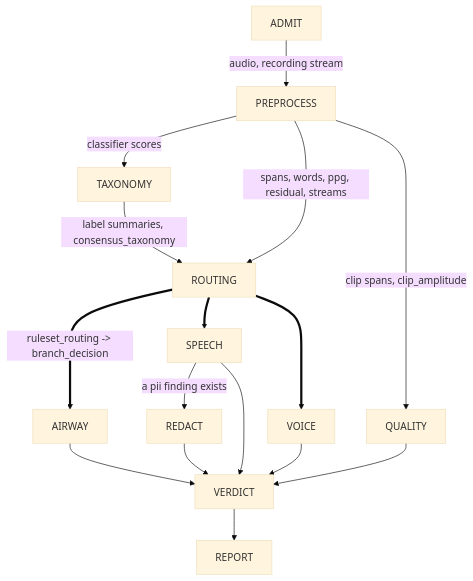
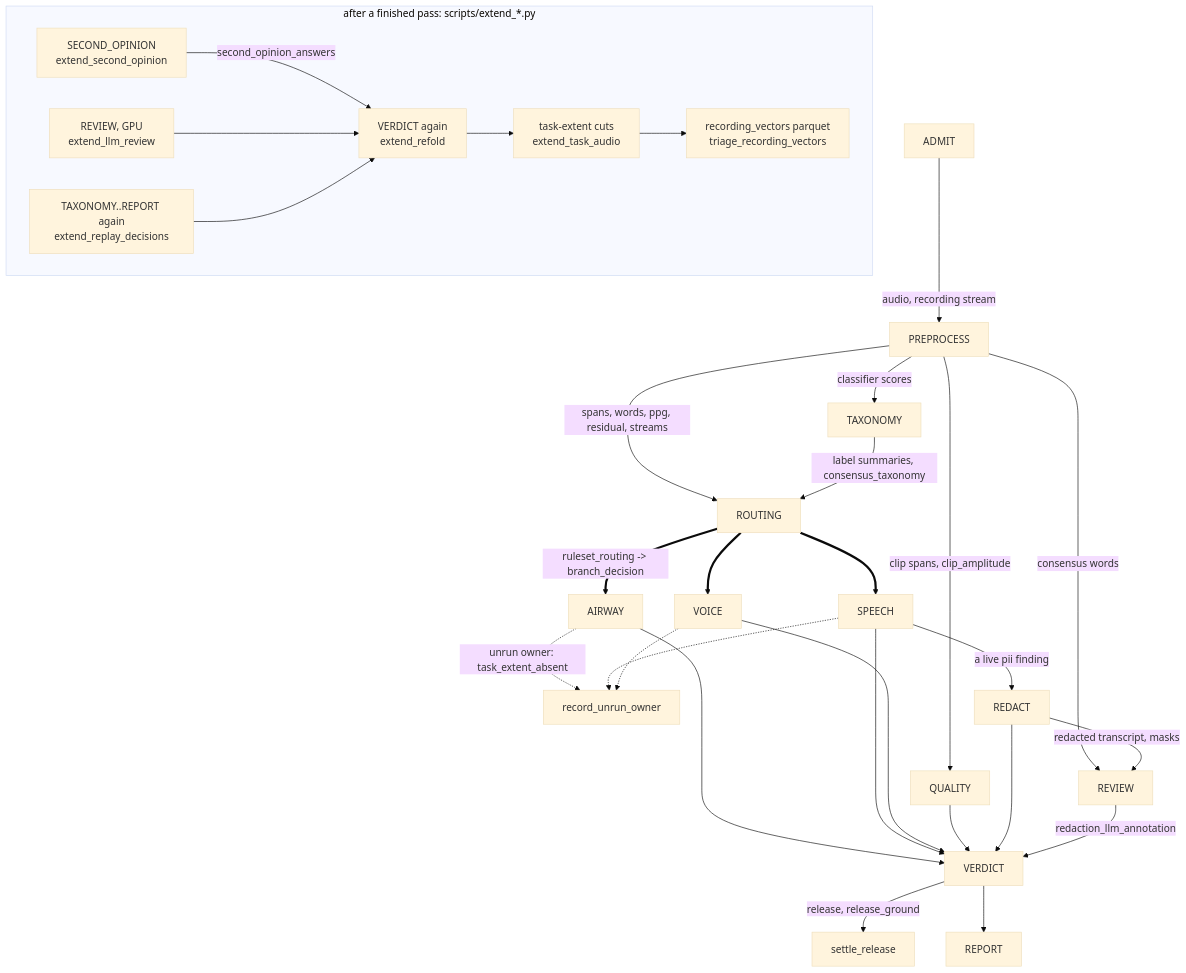
One commit to sensein/senselab changed the diagram in specs/20260817-triage-workflow-dag/dag.md. Above: the diagram before and after it, drawn with Mermaid (base theme). The commit also changed other lines of this file, not shown here.

Commit message:
docs(triage): the DAG as the code runs it — REVIEW, settle_release, the after-pass stages, every flag ground

````diff
--- a/specs/20260817-triage-workflow-dag/dag.md
+++ b/specs/20260817-triage-workflow-dag/dag.md
@@ -70,18 +72,32 @@
 ```mermaid
 graph TD
   ADMIT -->|"audio, recording stream"| PREPROCESS
   PREPROCESS -->|"classifier scores"| TAXONOMY
   PREPROCESS -->|"spans, words, ppg, residual, streams"| ROUTING
   TAXONOMY -->|"label summaries, consensus_taxonomy"| ROUTING
   ROUTING ==>|"ruleset_routing -> branch_decision"| AIRWAY
   ROUTING ==> SPEECH
   ROUTING ==> VOICE
+  AIRWAY -.->|"unrun owner: task_extent_absent"| OWNER[record_unrun_owner]
+  SPEECH -.-> OWNER
+  VOICE -.-> OWNER
   PREPROCESS -->|"clip spans, clip_amplitude"| QUALITY
-  SPEECH -->|"a pii finding exists"| REDACT
+  SPEECH -->|"a live pii finding"| REDACT
+  PREPROCESS -->|"consensus words"| REVIEW
+  REDACT -->|"redacted transcript, masks"| REVIEW
   AIRWAY --> VERDICT
   SPEECH --> VERDICT
   VOICE --> VERDICT
   QUALITY --> VERDICT
   REDACT --> VERDICT
+  REVIEW -->|"redaction_llm_annotation"| VERDICT
+  VERDICT -->|"release, release_ground"| SETTLE[settle_release]
   VERDICT --> REPORT
+  subgraph after["after a finished pass: scripts/extend_*.py"]
+    SO[SECOND_OPINION<br/>extend_second_opinion] -->|"second_opinion_answers"| REFOLD[VERDICT again<br/>extend_refold]
+    LLM[REVIEW, GPU<br/>extend_llm_review] --> REFOLD
+    REPLAY[TAXONOMY..REPORT again<br/>extend_replay_decisions] --> REFOLD
+    REFOLD --> TA[task-extent cuts<br/>extend_task_audio]
+    TA --> RV[recording_vectors parquet<br/>triage_recording_vectors]
+  end
 ```
````
